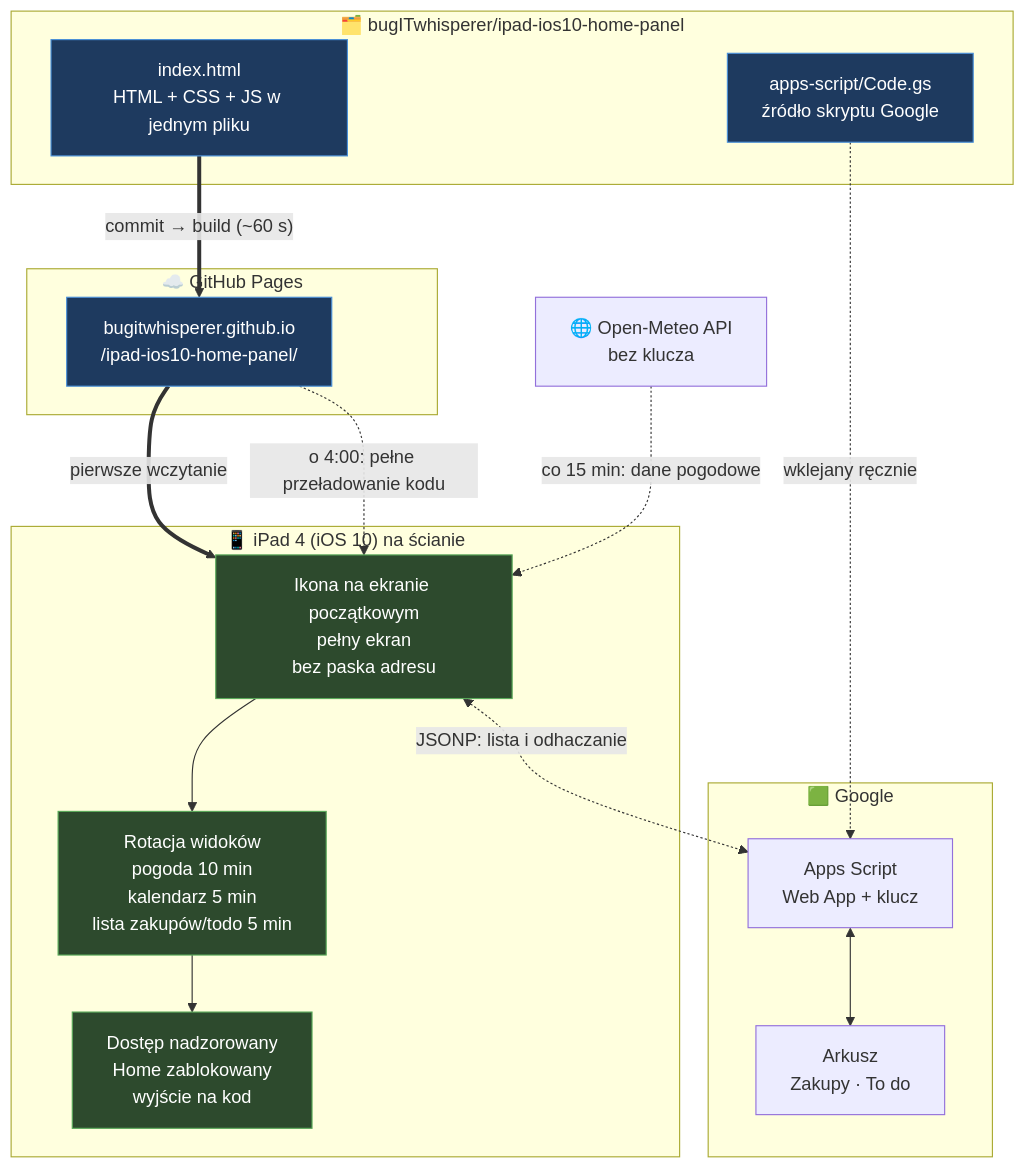
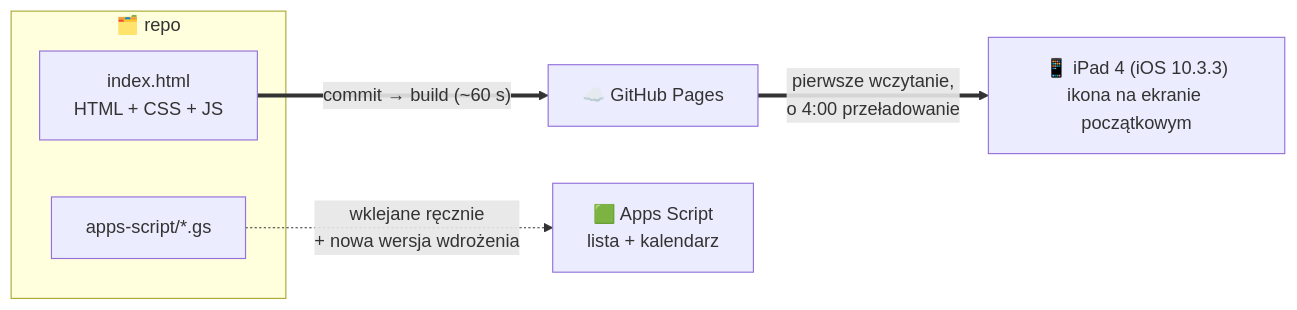
The second of 2 diagrams in README.md (bugITwhisperer/ipad-ios10-home-panel), drawn with Mermaid before and after one commit. The commit also changed other lines of this file and 19 other files, not shown here.

Commit message:
feat: Sheet.gs, PEOPLE bez EMAIL_E/D, README: grafy, zrzuty jasne i ciemne, plany

````diff
--- a/README.md
+++ b/README.md
@@ -225,38 +319,13 @@
 ```mermaid
-graph TD
-    subgraph REPO["🗂️ bugITwhisperer/ipad-ios10-home-panel"]
-        HTML["index.html<br/>HTML + CSS + JS w jednym pliku"]
-        GS["apps-script/Code.gs<br/>źródło skryptu Google"]
+graph LR
+    subgraph REPO["🗂️ repo"]
+        HTML["index.html<br/>HTML + CSS + JS"]
+        GS["apps-script/*.gs"]
     end
-
-    subgraph PAGES["☁️ GitHub Pages"]
-        SITE["bugitwhisperer.github.io<br/>/ipad-ios10-home-panel/"]
-    end
-
-    subgraph IPAD["📱 iPad 4 (iOS 10) na ścianie"]
-        ICON["Ikona na ekranie początkowym<br/>pełny ekran<br/>bez paska adresu"]
-        ROT["Rotacja widoków<br/>pogoda 10 min<br/>kalendarz 5 min<br/>lista zakupów/todo 5 min"]
-        GUIDED["Dostęp nadzorowany<br/>Home zablokowany<br/>wyjście na kod"]
-        ICON --> ROT --> GUIDED
-    end
-
-    API["🌐 Open-Meteo API<br/>bez klucza"]
-
-    subgraph GOOGLE["🟩 Google"]
-        SCRIPT["Apps Script<br/>Web App + klucz"]
-        SHEET["Arkusz<br/>Zakupy · To do"]
-        SCRIPT <--> SHEET
-    end
-
-    HTML == "commit → build (~60 s)" ==> SITE
-    SITE == "pierwsze wczytanie" ==> ICON
-    API -. "co 15 min: dane pogodowe" .-> ICON
-    SITE -. "o 4:00: pełne przeładowanie kodu" .-> ICON
-    ICON <-. "JSONP: lista i odhaczanie" .-> SCRIPT
-    GS -. "wklejany ręcznie" .-> SCRIPT
-
-    classDef repo fill:#1e3a5f,stroke:#4a90d9,color:#fff
-    classDef dev fill:#2d4a2d,stroke:#5aaa5a,color:#fff
-    class HTML,SITE,GS repo
-    class ICON,ROT,GUIDED dev
+    PAGES["☁️ GitHub Pages"]
+    IPAD["📱 iPad 4 (iOS 10.3.3)<br/>ikona na ekranie początkowym"]
+    APPS["🟩 Apps Script<br/>lista + kalendarz"]
+    HTML == "commit → build (~60 s)" ==> PAGES
+    PAGES == "pierwsze wczytanie,<br/>o 4:00 przeładowanie" ==> IPAD
+    GS -. "wklejane ręcznie<br/>+ nowa wersja wdrożenia" .-> APPS
 ```
````
